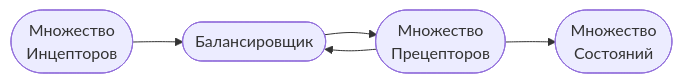
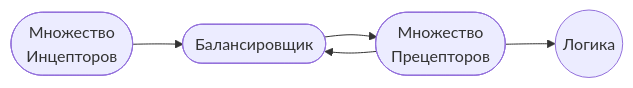
The second of 2 diagrams in ru/msa.md (johnthesmith/scraps), drawn with Mermaid before and after one commit. The commit also changed other lines of this file, not shown here.

````diff
--- a/ru/msa.md
+++ b/ru/msa.md
@@ -55,13 +55,13 @@
 ```mermaid
 flowchart LR
 
 balancer_inner([ Балансировщик ])
 preceptor([Множество<br>Прецепторов])
 inceptor([Множество<br>Инцепторов])
-state([Множество<br>Состояний])
+rig((Логика))
 
 inceptor --> balancer_inner
 balancer_inner --> preceptor
 preceptor --> balancer_inner
-preceptor --> state
+preceptor --> rig
 ```
````
